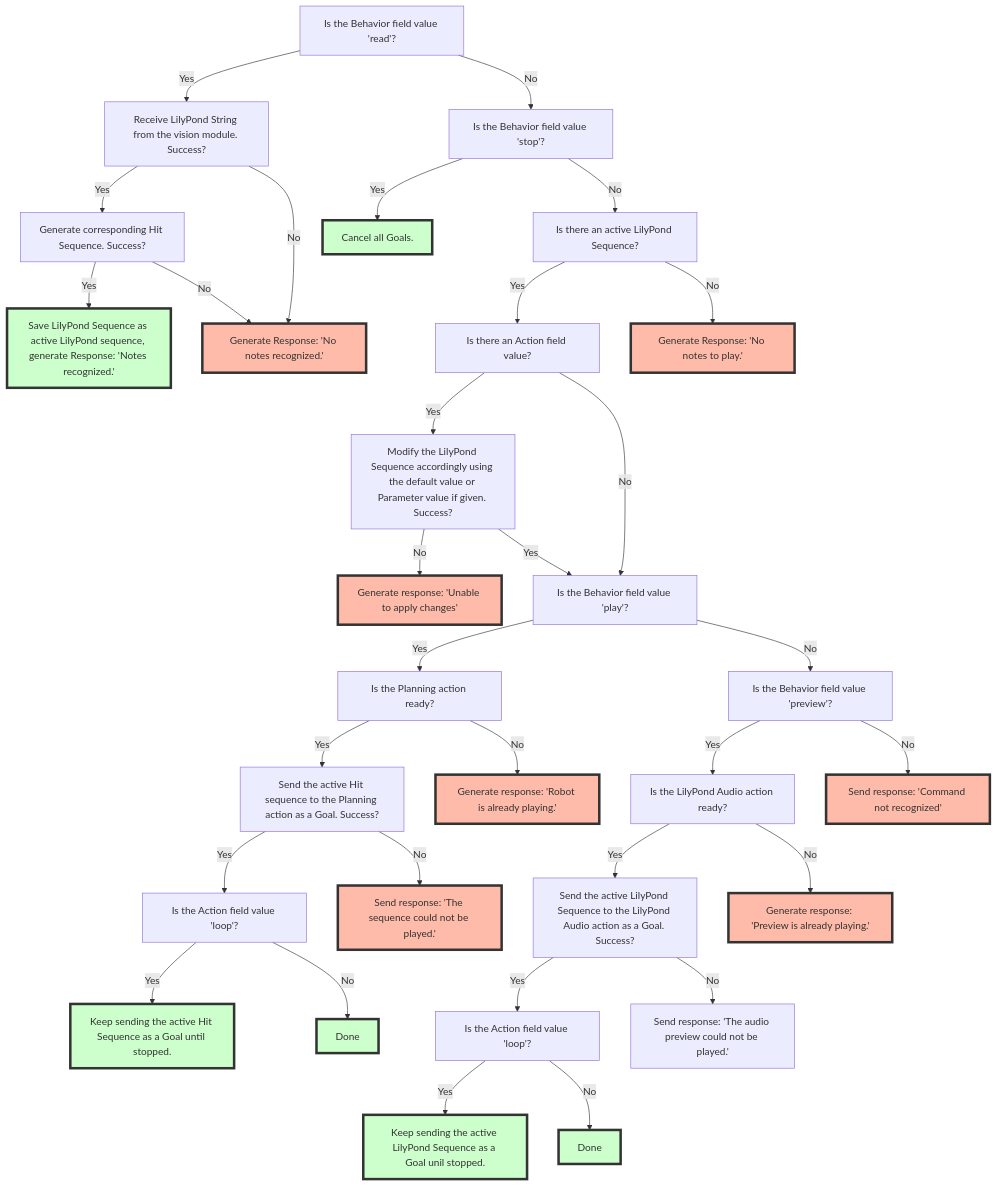
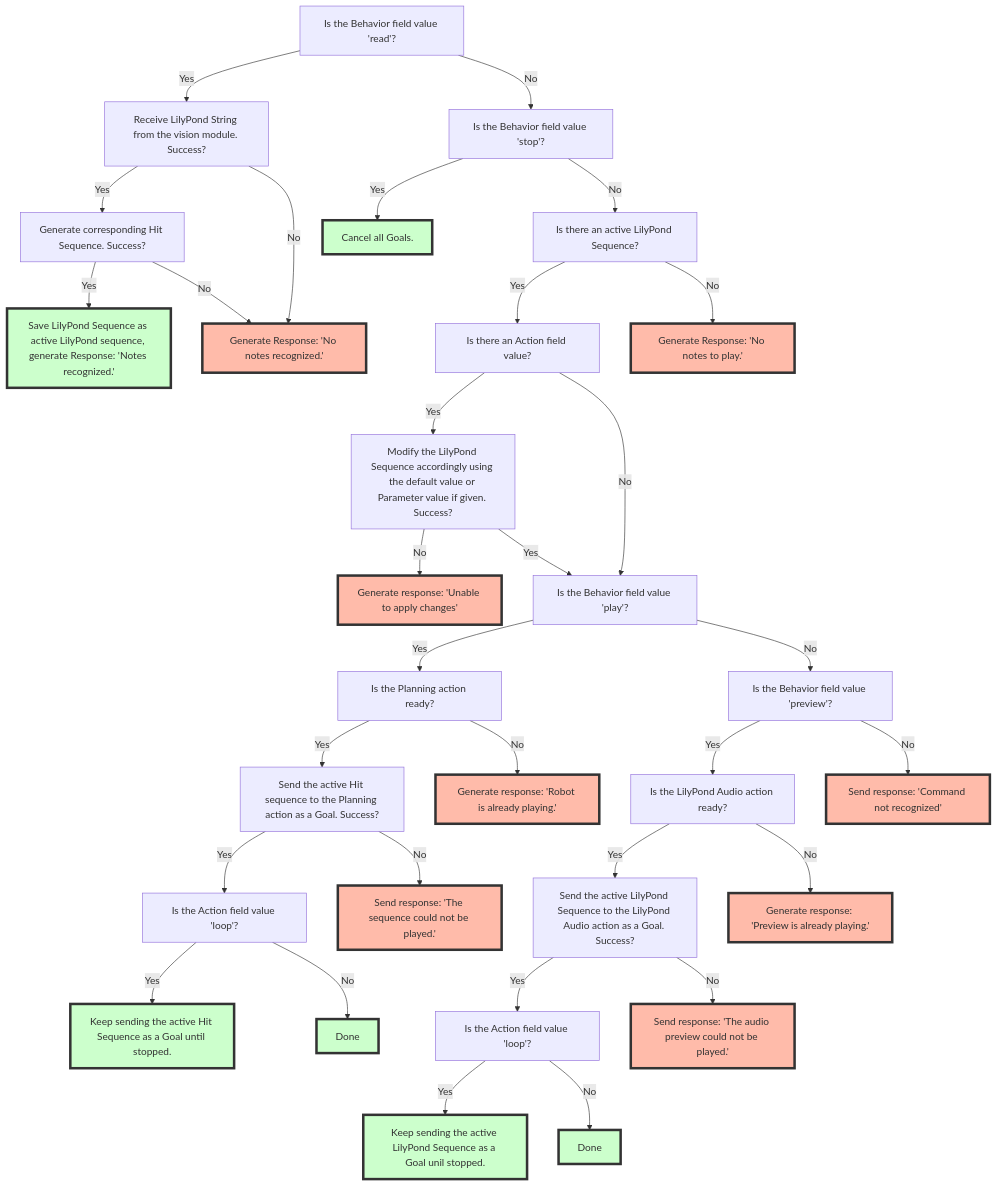
The second of 2 diagrams in marimbabot_behavior/README.md (UHHRobotics22-23/MarimbaBot), drawn with Mermaid before and after one commit.

Commit message:
fix decision tree coloring

````diff
--- a/marimbabot_behavior/README.md
+++ b/marimbabot_behavior/README.md
@@ -61,52 +61,53 @@
 ```mermaid
 flowchart TD
     B1[Is the Behavior field value 'read'?] -->|Yes| V[Receive LilyPond String from the vision module. Success?]
     V --> |Yes| H[Generate corresponding Hit Sequence. Success?]
     H --> |Yes| S1[Save LilyPond Sequence as active LilyPond sequence, generate Response: 'Notes recognized.']
     style S1 fill:#0f03,stroke:#333,stroke-width:4px
     V --> |No| F1[Generate Response: 'No notes recognized.']
     style F1 fill:#f305,stroke:#333,stroke-width:4px
     H --> |No| F1
 
     B1 --> |No| B2[Is the Behavior field value 'stop'?]
     B2 --> |Yes| C[Cancel all Goals.]
     style C fill:#0f03,stroke:#333,stroke-width:4px
 
     B2 --> |No| L[Is there an active LilyPond Sequence?]
     L --> |Yes| A1[Is there an Action field value?]
     L --> |No| F2[Generate Response: 'No notes to play.']
     style F2 fill:#f305,stroke:#333,stroke-width:4px
 
     A1 --> |Yes| ST[Modify the LilyPond Sequence accordingly using the default value or Parameter value if given. Success?]
     ST --> |No| F3[Generate response: 'Unable to apply changes']
     style F3 fill:#f305,stroke:#333,stroke-width:4px
 
     ST --> |Yes| B3[Is the Behavior field value 'play'?]
     A1 --> |No| B3
     B3 --> |Yes| PA[Is the Planning action ready?]
     PA --> |Yes| PG1[Send the active Hit sequence to the Planning action as a Goal. Success?]
     PA --> |No| F4[Generate response: 'Robot is already playing.']
     style F4 fill:#f305,stroke:#333,stroke-width:4px
     PG1 --> |Yes| A2[Is the Action field value 'loop'?]
     PG1 --> |No| F5[Send response: 'The sequence could not be played.']
     style F5 fill:#f305,stroke:#333,stroke-width:4px
     A2 --> |Yes| PG2[Keep sending the active Hit Sequence as a Goal until stopped.]
     style PG2 fill:#0f03,stroke:#333,stroke-width:4px
     A2 --> |No| S2[Done]
     style S2 fill:#0f03,stroke:#333,stroke-width:4px
 
     B3 --> |No| B4[Is the Behavior field value 'preview'?]
     B4 --> |Yes| LA[Is the LilyPond Audio action ready?]
     LA --> |Yes| LG1[Send the active LilyPond Sequence to the LilyPond Audio action as a Goal. Success?]
     LA --> |No| F6[Generate response: 'Preview is already playing.']
     style F6 fill:#f305,stroke:#333,stroke-width:4px
     LG1 --> |Yes| A3[Is the Action field value 'loop'?]
     LG1 --> |No| F7[Send response: 'The audio preview could not be played.']
+    style F7 fill:#f305,stroke:#333,stroke-width:4px
     A3 --> |Yes| LG2[Keep sending the active LilyPond Sequence as a Goal unil stopped.]
     style LG2 fill:#0f03,stroke:#333,stroke-width:4px
     A3 --> |No| S3[Done]
     style S3 fill:#0f03,stroke:#333,stroke-width:4px
 
     B4 --> |No| F8[Send response: 'Command not recognized']
     style F8 fill:#f305,stroke:#333,stroke-width:4px
 ```
````
